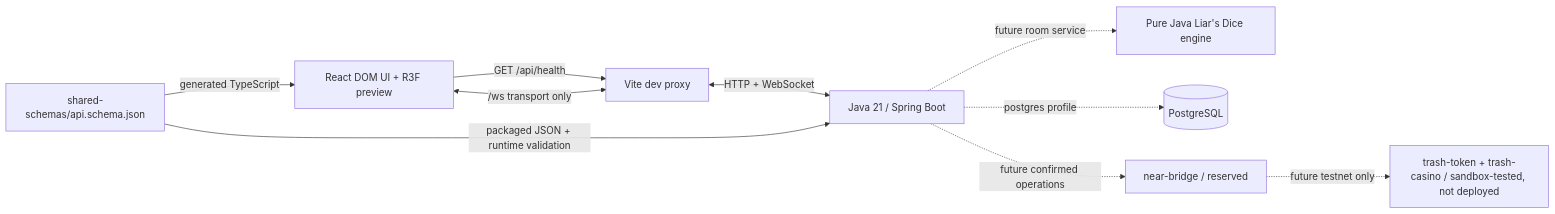
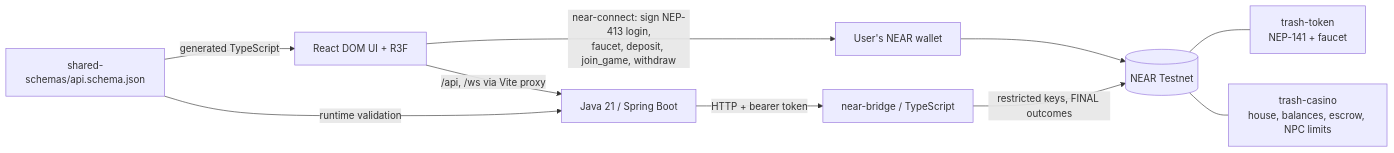
Before and after one commit to miskos21/trash-casino: the diagram in docs/architecture.md, drawn with Mermaid. The commit also changed other lines of this file and 47 other files, not shown here.

First line of the commit message:
Casino-owned TRASH economy, near-bridge, and paid Liar's Dice on testnet

````diff
--- a/docs/architecture.md
+++ b/docs/architecture.md
@@ -14,12 +8,12 @@
 ```mermaid
 flowchart LR
-  Browser[React DOM UI + R3F preview] -->|GET /api/health| Vite[Vite dev proxy]
-  Browser <-->|/ws transport only| Vite
-  Vite <-->|HTTP + WebSocket| Java[Java 21 / Spring Boot]
+  Browser[React DOM UI + R3F] -->|/api, /ws via Vite proxy| Java[Java 21 / Spring Boot]
+  Browser -->|near-connect: sign NEP-413 login,<br/>faucet, deposit, join_game, withdraw| Wallet[User's NEAR wallet]
+  Wallet --> Chain[(NEAR Testnet)]
+  Java -->|HTTP + bearer token| Bridge[near-bridge / TypeScript]
+  Bridge -->|restricted keys, FINAL outcomes| Chain
+  Chain --- Token[trash-token<br/>NEP-141 + faucet]
+  Chain --- Casino[trash-casino<br/>house, balances, escrow, NPC limits]
   Schemas[shared-schemas/api.schema.json] -->|generated TypeScript| Browser
-  Schemas -->|packaged JSON + runtime validation| Java
-  Java -. future room service .-> Engine[Pure Java Liar's Dice engine]
-  Java -. postgres profile .-> Postgres[(PostgreSQL)]
-  Java -. future confirmed operations .-> Bridge[near-bridge / reserved]
-  Bridge -. future testnet only .-> Contracts[trash-token + trash-casino / sandbox-tested, not deployed]
+  Schemas -->|runtime validation| Java
 ```
````
